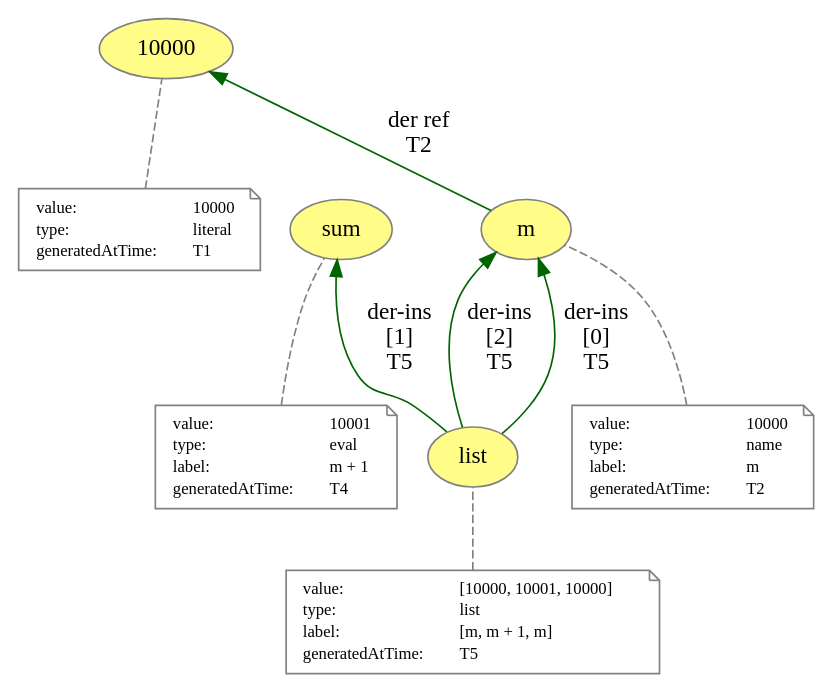
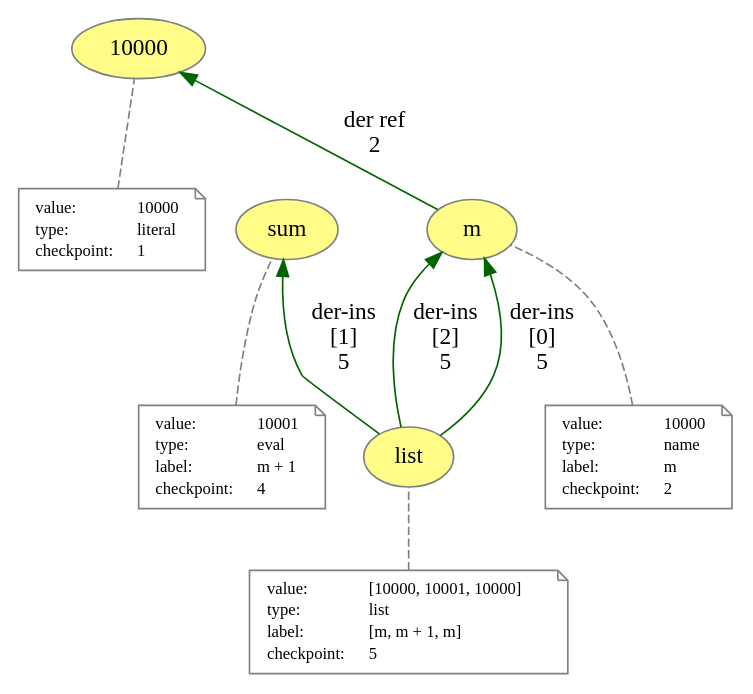
One commit to dew-uff/versioned-prov changed the diagram in images/versioned_prov/list.dot. Above: the diagram before and after it, drawn with Graphviz. The commit also changed 1625 other files, not shown here.

```diff
--- a/images/versioned_prov/list.dot
+++ b/images/versioned_prov/list.dot
@@ -1,89 +1,89 @@
 digraph "PROV" { size="16,12"; rankdir="BT";
 "http://example.org/10000" [fillcolor="#FFFC87",color="#808080",style="filled",label="10000",URL="http://example.org/10000"]
 "-attrs0" [color="gray",shape="note",fontsize="10",fontcolor="black",label=<<TABLE cellpadding="0" border="0">
 	<TR>
 	    <TD align="left">value:</TD>
 	    <TD align="left">10000</TD>
 	</TR>
 	<TR>
 	    <TD align="left">type:</TD>
 	    <TD align="left">literal</TD>
 	</TR>
 	<TR>
-	    <TD align="left">generatedAtTime:</TD>
-	    <TD align="left">T1</TD>
+	    <TD align="left">checkpoint:</TD>
+	    <TD align="left">1</TD>
 	</TR>
 </TABLE>>]
 "-attrs0" -> "http://example.org/10000" [color="gray",style="dashed",arrowhead="none"]
 "http://example.org/m" [fillcolor="#FFFC87",color="#808080",style="filled",label="m",URL="http://example.org/m"]
 "-attrs1" [color="gray",shape="note",fontsize="10",fontcolor="black",label=<<TABLE cellpadding="0" border="0">
 	<TR>
 	    <TD align="left">value:</TD>
 	    <TD align="left">10000</TD>
 	</TR>
 	<TR>
 	    <TD align="left">type:</TD>
 	    <TD align="left">name</TD>
 	</TR>
 	<TR>
 	    <TD align="left">label:</TD>
 	    <TD align="left">m</TD>
 	</TR>
 	<TR>
-	    <TD align="left">generatedAtTime:</TD>
-	    <TD align="left">T2</TD>
+	    <TD align="left">checkpoint:</TD>
+	    <TD align="left">2</TD>
 	</TR>
 </TABLE>>]
 "-attrs1" -> "http://example.org/m" [color="gray",style="dashed",arrowhead="none"]
 "http://example.org/m" -> "http://example.org/10000" [labelfontsize="8",labeldistance="1.5",color="darkgreen",labelangle="60.0",rotation="20",label="der ref
-T2"]
+2"]
 "http://example.org/sum" [fillcolor="#FFFC87",color="#808080",style="filled",label="sum",URL="http://example.org/sum"]
 "-attrs2" [color="gray",shape="note",fontsize="10",fontcolor="black",label=<<TABLE cellpadding="0" border="0">
 	<TR>
 	    <TD align="left">value:</TD>
 	    <TD align="left">10001</TD>
 	</TR>
 	<TR>
 	    <TD align="left">type:</TD>
 	    <TD align="left">eval</TD>
 	</TR>
 	<TR>
 	    <TD align="left">label:</TD>
 	    <TD align="left">m + 1</TD>
 	</TR>
 	<TR>
-	    <TD align="left">generatedAtTime:</TD>
-	    <TD align="left">T4</TD>
+	    <TD align="left">checkpoint:</TD>
+	    <TD align="left">4</TD>
 	</TR>
 </TABLE>>]
 "-attrs2" -> "http://example.org/sum" [color="gray",style="dashed",arrowhead="none"]
 "http://example.org/list" [fillcolor="#FFFC87",color="#808080",style="filled",label="list",URL="http://example.org/list"]
 "-attrs3" [color="gray",shape="note",fontsize="10",fontcolor="black",label=<<TABLE cellpadding="0" border="0">
 	<TR>
 	    <TD align="left">value:</TD>
 	    <TD align="left">[10000, 10001, 10000]</TD>
 	</TR>
 	<TR>
 	    <TD align="left">type:</TD>
 	    <TD align="left">list</TD>
 	</TR>
 	<TR>
 	    <TD align="left">label:</TD>
 	    <TD align="left">[m, m + 1, m]</TD>
 	</TR>
 	<TR>
-	    <TD align="left">generatedAtTime:</TD>
-	    <TD align="left">T5</TD>
+	    <TD align="left">checkpoint:</TD>
+	    <TD align="left">5</TD>
 	</TR>
 </TABLE>>]
 "-attrs3" -> "http://example.org/list" [color="gray",style="dashed",arrowhead="none"]
 "http://example.org/list" -> "http://example.org/m" [labelfontsize="8",labeldistance="1.5",color="darkgreen",labelangle="60.0",rotation="20",label="der-ins
 [0]
-T5"]
+5"]
 "http://example.org/list" -> "http://example.org/sum" [labelfontsize="8",labeldistance="1.5",color="darkgreen",labelangle="60.0",rotation="20",label="der-ins
 [1]
-T5"]
+5"]
 "http://example.org/list" -> "http://example.org/m" [labelfontsize="8",labeldistance="1.5",color="darkgreen",labelangle="60.0",rotation="20",label="der-ins
 [2]
-T5"]
+5"]
 }
```
